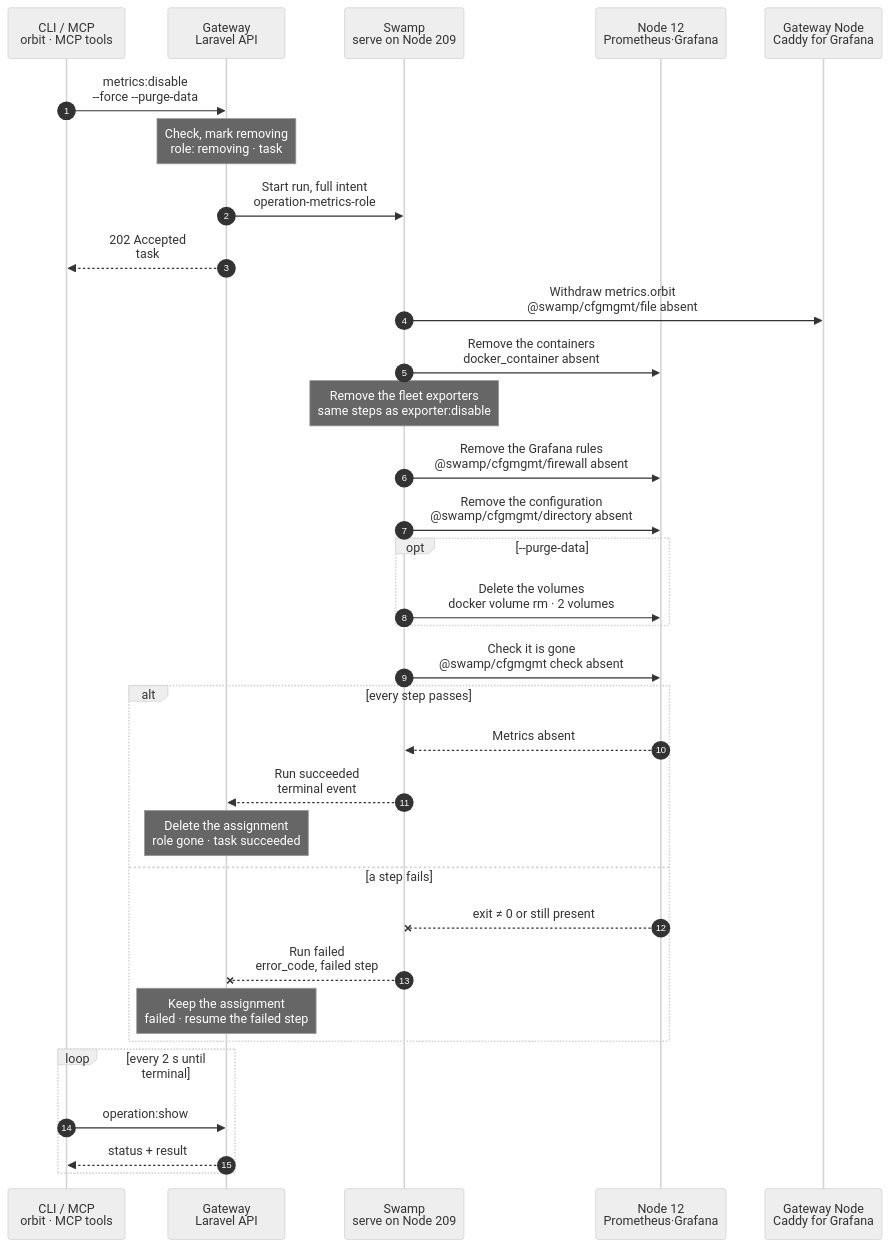
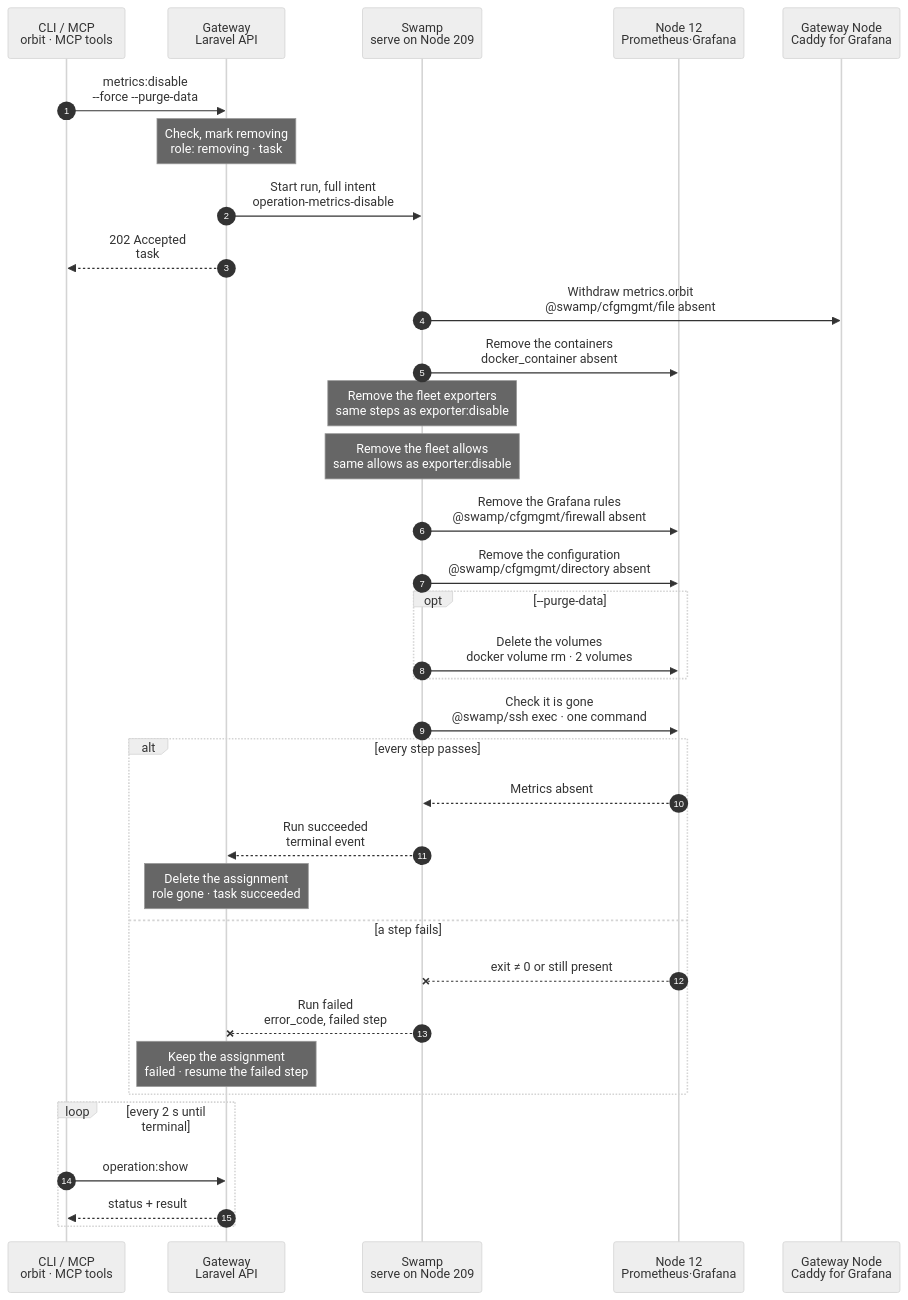
The diagram in docs/cli/metrics/disable.mmd (hardimpactdev/orbit), drawn with Mermaid (neutral theme) before and after one commit. The commit also changed 20 other files, not shown here.

```diff
--- a/docs/cli/metrics/disable.mmd
+++ b/docs/cli/metrics/disable.mmd
@@ -1,124 +1,130 @@
 sequenceDiagram
   %% Target design: ADR 0244 task, DECISIONS R1-R4, metrics.exporter_disable decisions (order, full reverse), single-swamp-node. docs/reference/metrics.md#disable-and-purge.
   %% Tightened: flow-tighten 2026-11-02, rules 17, 22 (cfgmgmt absent applies named; their checks are the end check).
   %% status: draft
   %% command: metrics:disable
   %% kind: metrics.disable
   autonumber
   %% lane CLI icon=terminal pill=caller tone=gray
   %% lane GW icon=gateway pill=intent tone=blue
   %% lane SW icon=workflow pill=executes tone=green
   %% lane N icon=server pill=target tone=amber
   %% lane G icon=server pill=target tone=purple
   participant CLI as CLI / MCP<br/>orbit · MCP tools
   participant GW as Gateway<br/>Laravel API
   participant SW as Swamp<br/>serve on Node 209
   participant N as Node 12<br/>Prometheus·Grafana
   participant G as Gateway Node<br/>Caddy for Grafana
   CLI->>GW: metrics:disable<br/>--force --purge-data
   %%> Command:
   %%> - `orbit metrics:disable --force`
   %%> - syntax: `[--force] [--purge-data] [--json]`
   %%> Input:
   %%> - no Node: the role has one holder, here Node 12
   %%> - `--purge-data` also deletes the Prometheus and Grafana volumes and the stored Grafana passwords
   %%> Confirmation:
   %%> - in a terminal, the CLI shows what goes and asks; the default is No
   %%> - `--force` is required without a terminal, with `--json`, and with `--purge-data` (`metrics.force_required`)
   Note over GW: Check, mark removing<br/>role: removing · task #5174
   %%> Requirements:
   %%> - exactly one active Gateway Node, and your Node has an access grant to it
   %%> - a `metrics` role exists on Node 12
   %%> - no other Metrics change runs; the Gateway holds one Metrics lock
   %%> Builds:
   %%> - the list of exporter Nodes, the Caddy site, the private DNS name and the firewall rules to remove
   %%> Result:
   %%> - the role marked removing, and task #5174 recorded with the full intent
-  GW->>SW: Start run, full intent<br/>operation-metrics-role
+  GW->>SW: Start run, full intent<br/>operation-metrics-disable
   %%> What it does:
   %%> - starts one Swamp run on serve (Node 209)
   %%> Inputs:
   %%> - what to remove, and with `--purge-data` the two exact volume names
   %%> - Node 12's and the Gateway Node's addresses and SSH host keys; the SSH identity comes from the `swamp` role
   GW-->>CLI: 202 Accepted<br/>task #5174
   %%> What you get:
   %%> - the task number, at once
   %%> Next:
   %%> - the CLI follows the task with `operation:show`
   SW->>G: Withdraw metrics.orbit<br/>@swamp/cfgmgmt/file absent
   %%> What it does:
   %%> - removes the `metrics.orbit` site from the Gateway Node's Caddyfile, validates it, and reloads Caddy gracefully
   %%> - removes the `metrics.orbit` private DNS name through the shared DNS step on the `vpn` Node
   %%> - removes the site's certificate and key
   %%> Why first:
   %%> - nobody reaches Grafana while it goes away
   SW->>N: Remove the containers<br/>docker_container absent
   %%> What it does:
   %%> - stops and removes `orbit-metrics-prometheus` and `orbit-metrics-grafana`, and their unit files
   %%> - Prometheus stops collecting before any exporter goes
   %%> How:
   %%> - official `@swamp/cfgmgmt` behaviors (systemd, docker_container, file) over SSH from 209
   Note over SW: Remove the fleet exporters<br/>same steps as exporter:disable
   %%> What it does:
-  %%> - for each exporter Node: stops and removes the exporters, the `prometheus-node-exporter` package and the firewall allows for Node 12
+  %%> - for each exporter Node: stops and removes the exporters and the `prometheus-node-exporter` package, one Node at a time
   %%> - the same steps that `metrics:exporter:disable` runs for one Node
   %%> Kept:
   %%> - each Node's exporter preference, so a later enable selects the same Nodes
+  Note over SW: Remove the fleet allows<br/>same allows as exporter:disable
+  %%> What it does:
+  %%> - for each exporter Node: removes the firewall allows for Node 12, one Node at a time
+  %%> How:
+  %%> - the `metrics-exporter-allows` child that `metrics:exporter:disable` runs
   SW->>N: Remove the Grafana rules<br/>@swamp/cfgmgmt/firewall absent
   %%> What it does:
-  %%> - removes the allow for the Gateway Node and the deny for other peers
+  %%> - removes the allow for the Gateway Node
   %%> How:
   %%> - official `@swamp/cfgmgmt/firewall` over SSH from 209
   SW->>N: Remove the configuration<br/>@swamp/cfgmgmt/directory absent
   %%> What it does:
   %%> - deletes the configuration directory and the Grafana password file
   %%> Kept:
   %%> - Docker and the installed packages
   opt --purge-data
     SW->>N: Delete the volumes<br/>docker volume rm · 2 volumes
     %%> What it does:
     %%> - deletes exactly the Prometheus and Grafana volumes, so all metrics history and dashboards go
     %%> Without --purge-data:
     %%> - both volumes stay, so a later enable continues with the old data
   end
-  SW->>N: Check it is gone<br/>@swamp/cfgmgmt check absent
+  SW->>N: Check it is gone<br/>@swamp/ssh exec · one command
   %%> What it does:
-  %%> - the `check` of the docker_container, firewall and directory behaviors: both containers, the Grafana rules and the configuration are absent
+  %%> - one command fails unless no `orbit-metrics-` container and no `/etc/orbit/metrics` remain
+  %%> - a cfgmgmt `check` reports drift without failing, so it cannot be the end check
   %%> Why:
   %%> - the role only counts as removed when Node 12 shows it
   alt every step passes
     N-->>SW: Metrics absent
     %%> Returns:
     %%> - the check passed
     SW-->>GW: Run succeeded<br/>terminal event
     %%> How the Gateway learns it:
     %%> - its shared run reader sees the terminal event; Swamp never calls the Gateway
     Note over GW: Delete the assignment<br/>role gone · task succeeded
     %%> Result:
     %%> - the `metrics` assignment is deleted, and the exporters are recorded as removed
     %%> - the stored Grafana password stays, unless `--purge-data`; then the active and pending passwords are deleted
     %%> - task #5174 succeeds
   else a step fails
     N--xSW: exit ≠ 0 or still present
     %%> When:
     %%> - a Caddy, container, exporter, firewall, removal or check step fails
     SW--xGW: Run failed<br/>error_code, failed step
     %%> The Gateway reads:
     %%> - which step failed and its error code
     Note over GW: Keep the assignment<br/>failed · resume the failed step
     %%> Result:
     %%> - the assignment and the Grafana passwords stay; the role is marked failed with the step's error code
     %%> - task #5174 fails
     %%> On the Node:
     %%> - parts removed before the failure stay removed; there is no rollback
     %%> Retry:
     %%> - Swamp resumes from the failed step, or run the same command again; removal steps skip what is already gone
   end
   loop every 2 s until terminal
     CLI->>GW: operation:show #5174
     %%> What it does:
     %%> - asks for the task's status every 2 seconds until it has ended
     GW-->>CLI: status + result
     %%> Returns:
     %%> - the current status, and the result once the task has ended
   end
```
